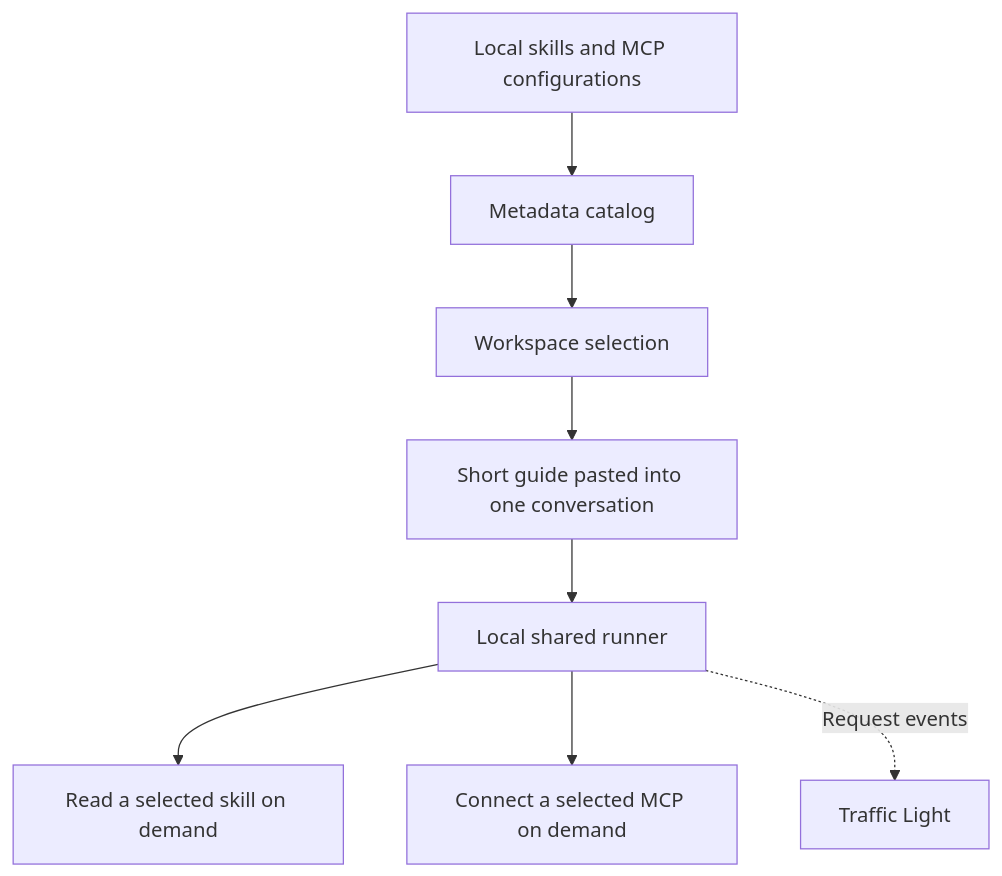
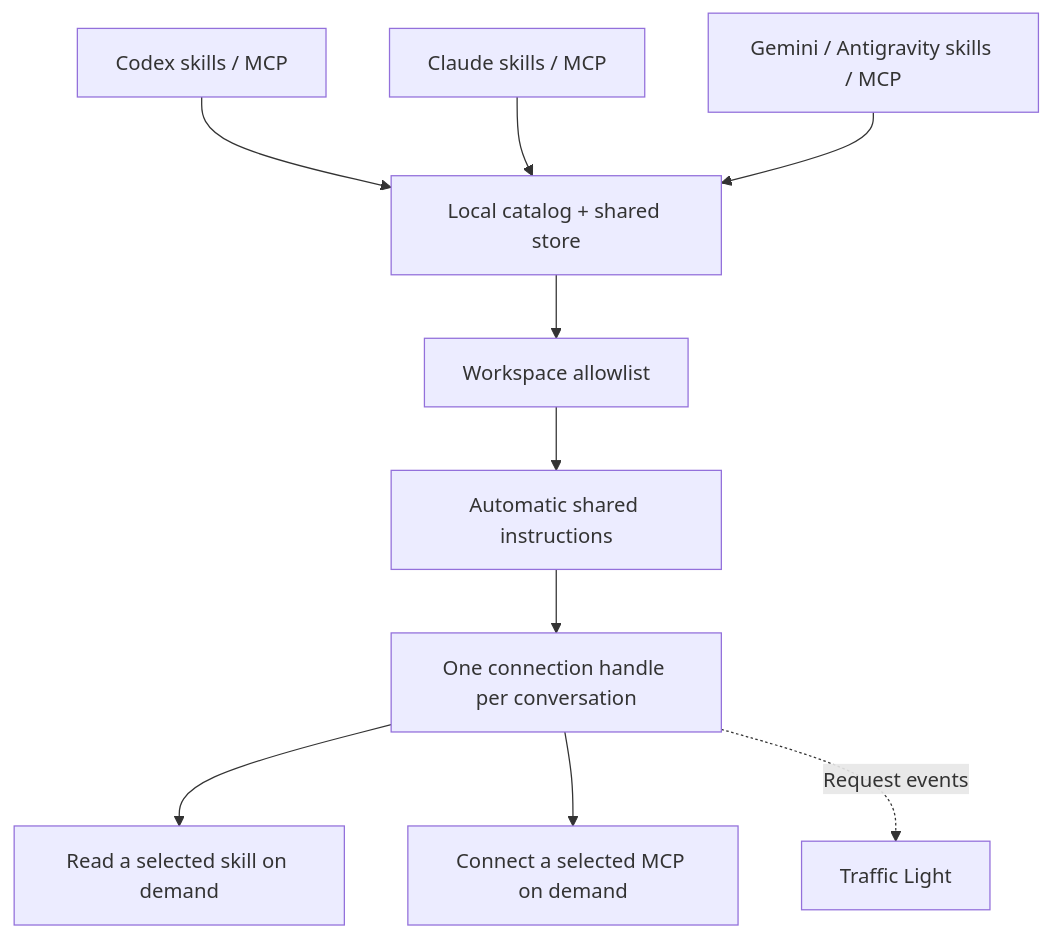
Before and after one commit to angelcrown24/orca-traffic-light: the diagram in README.md, drawn with Mermaid. The commit also changed other lines of this file and 20 other files, not shown here.

````diff
--- a/README.md
+++ b/README.md
@@ -17,10 +21,12 @@
 ```mermaid
 flowchart TD
-  Installed[Local skills and MCP configurations] --> Catalog[Metadata catalog]
-  Catalog --> Selected[Workspace selection]
-  Selected --> Guide[Short guide pasted into one conversation]
-  Guide --> Runner[Local shared runner]
+  Codex[Codex skills / MCP] --> Catalog[Local catalog + shared store]
+  Claude[Claude skills / MCP] --> Catalog
+  Gemini[Gemini / Antigravity skills / MCP] --> Catalog
+  Catalog --> Selected[Workspace allowlist]
+  Selected --> Bridge[Automatic shared instructions]
+  Bridge --> Runner[One connection handle per conversation]
   Runner --> Skill[Read a selected skill on demand]
   Runner --> MCP[Connect a selected MCP on demand]
   Runner -. Request events .-> Activity[Traffic Light]
 ```
````
